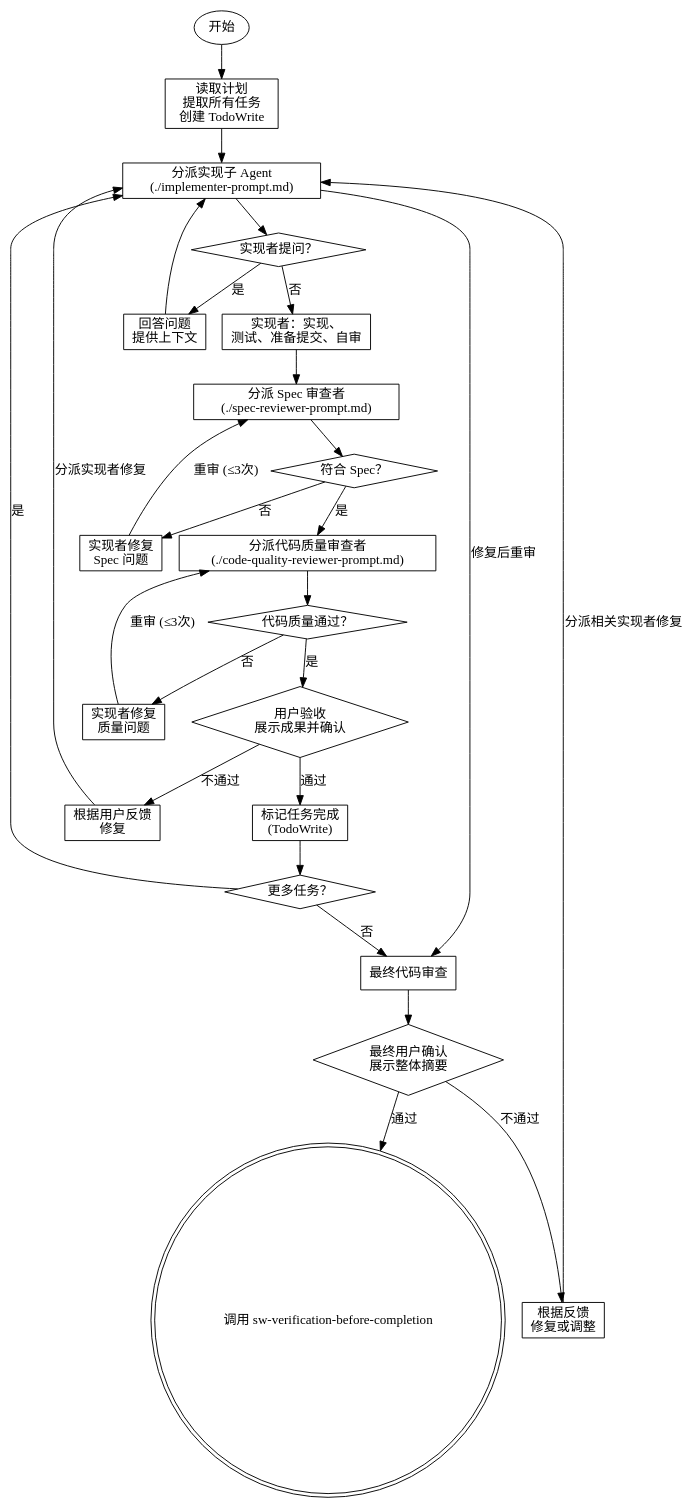
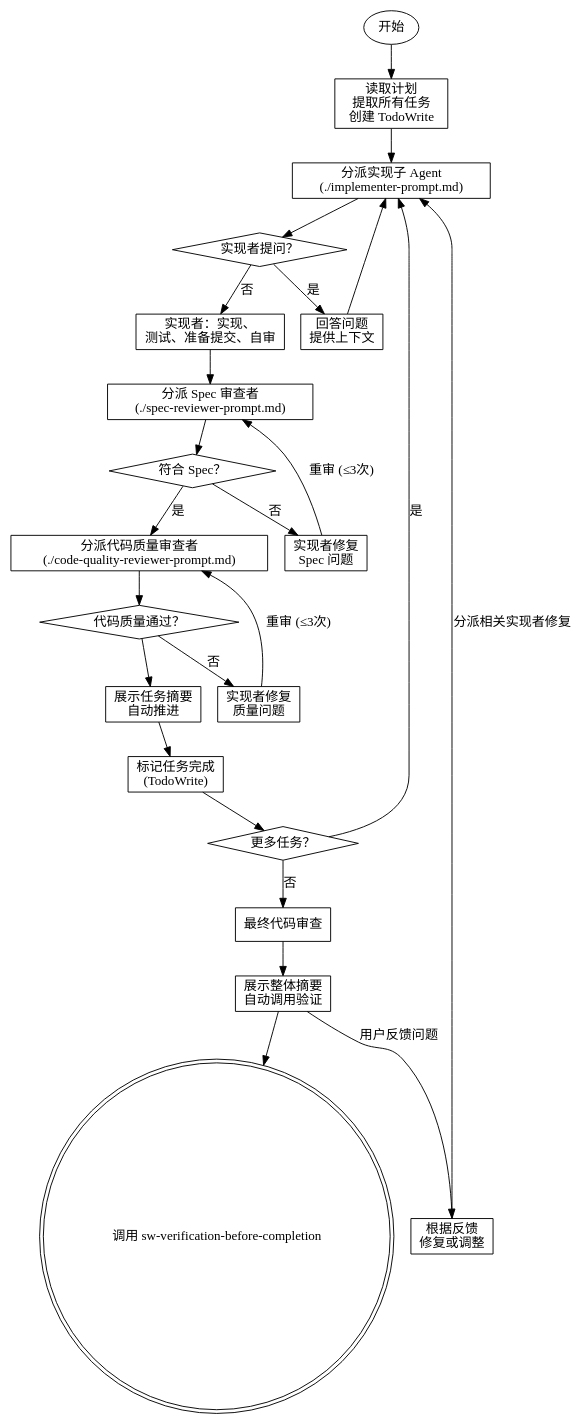
Before and after one commit to vaycentsun/sw-superpower: the second of 2 diagrams in sw-subagent-development/SKILL.md, drawn with Graphviz. The commit also changed other lines of this file and 8 other files, not shown here.

````diff
--- a/sw-subagent-development/SKILL.md
+++ b/sw-subagent-development/SKILL.md
@@ -38,53 +38,49 @@
 ```dot
 digraph process {
   rankdir=TB;
   
   start [label="开始", shape=ellipse];
   read_plan [label="读取计划\n提取所有任务\n创建 TodoWrite", shape=box];
   dispatch_impl [label="分派实现子 Agent\n(./implementer-prompt.md)", shape=box];
   impl_asks [label="实现者提问？", shape=diamond];
   answer [label="回答问题\n提供上下文", shape=box];
   impl_work [label="实现者：实现、\n测试、准备提交、自审", shape=box];
   dispatch_spec [label="分派 Spec 审查者\n(./spec-reviewer-prompt.md)", shape=box];
   spec_ok [label="符合 Spec？", shape=diamond];
   fix_spec [label="实现者修复\nSpec 问题", shape=box];
   dispatch_code [label="分派代码质量审查者\n(./code-quality-reviewer-prompt.md)", shape=box];
   code_ok [label="代码质量通过？", shape=diamond];
   fix_code [label="实现者修复\n质量问题", shape=box];
-  user_accept [label="用户验收\n展示成果并确认", shape=diamond];
-  fix_user [label="根据用户反馈\n修复", shape=box];
+  show_summary [label="展示任务摘要\n自动推进", shape=box];
   mark_done [label="标记任务完成\n(TodoWrite)", shape=box];
   more_tasks [label="更多任务？", shape=diamond];
   final_review [label="最终代码审查", shape=box];
-  user_final [label="最终用户确认\n展示整体摘要", shape=diamond];
+  show_final [label="展示整体摘要\n自动调用验证", shape=box];
   fix_final [label="根据反馈\n修复或调整", shape=box];
   finish [label="调用 sw-verification-before-completion", shape=doublecircle];
   
   start -> read_plan;
   read_plan -> dispatch_impl;
   dispatch_impl -> impl_asks;
   impl_asks -> answer [label="是"];
   answer -> dispatch_impl;
   impl_asks -> impl_work [label="否"];
   impl_work -> dispatch_spec;
   dispatch_spec -> spec_ok;
   spec_ok -> fix_spec [label="否"];
   fix_spec -> dispatch_spec [label="重审 (≤3次)"];
   spec_ok -> dispatch_code [label="是"];
   dispatch_code -> code_ok;
   code_ok -> fix_code [label="否"];
   fix_code -> dispatch_code [label="重审 (≤3次)"];
-  code_ok -> user_accept [label="是"];
-  user_accept -> fix_user [label="不通过"];
-  fix_user -> dispatch_impl [label="分派实现者修复"];
-  user_accept -> mark_done [label="通过"];
+  code_ok -> show_summary;
+  show_summary -> mark_done;
   mark_done -> more_tasks;
   more_tasks -> dispatch_impl [label="是"];
   more_tasks -> final_review [label="否"];
-  final_review -> user_final;
-  user_final -> fix_final [label="不通过"];
+  final_review -> show_final;
+  show_final -> fix_final [label="用户反馈问题"];
   fix_final -> dispatch_impl [label="分派相关实现者修复"];
-  dispatch_impl -> final_review [label="修复后重审"];
-  user_final -> finish [label="通过"];
+  show_final -> finish;
 }
 ```
````
